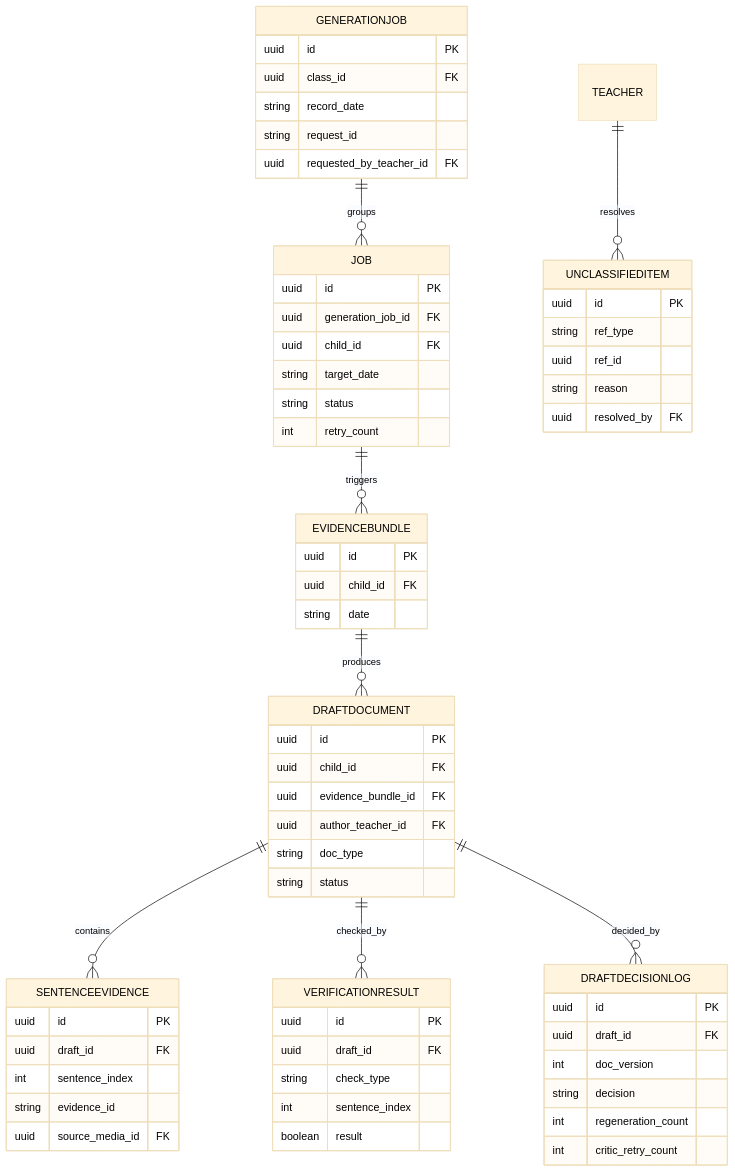
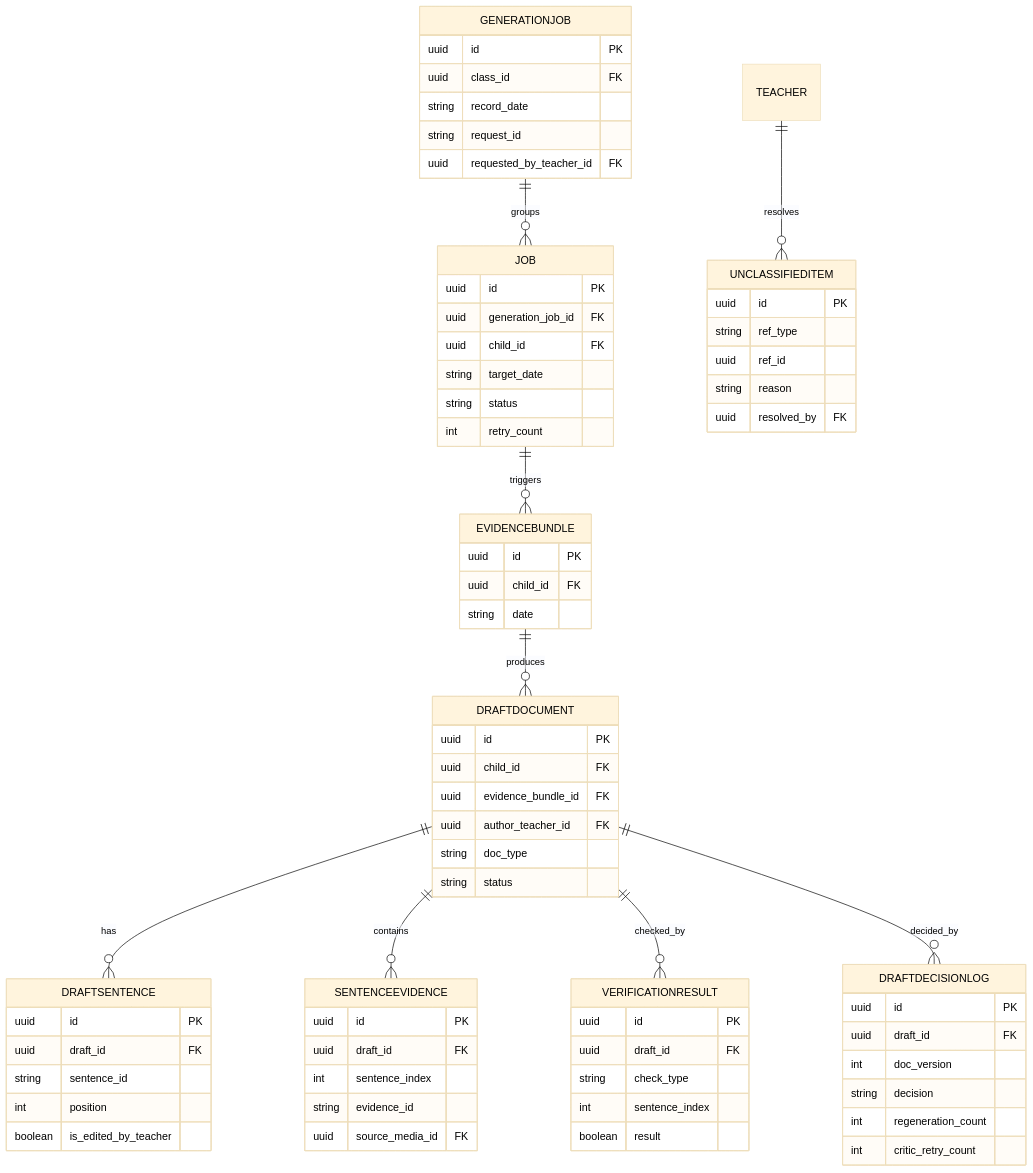
Before and after one commit to kakaotechcampus-4/ktc4-chungnam-4: the fourth of 8 diagrams in docs/테크스펙.md, drawn with Mermaid. The commit also changed other lines of this file, not shown here.

Commit message:
docs: store draft body as sentences in tech spec
근거와 교사 수정이 문장을 가리켜야 하는데 본문이 문자열 하나라, 합쳤다가 다시 자르면
문장과 근거가 어긋납니다. #75에서 정은님과 합의한 문장 단위 저장·sentence_id 참조·
검증 통과 시 verified 저장을 코드보다 먼저 스펙에 반영합니다.

````diff
--- a/docs/테크스펙.md
+++ b/docs/테크스펙.md
@@ -584,68 +585,76 @@
 ```mermaid
 %%{init: {'theme':'base', 'themeVariables': {'primaryTextColor':'#000000','textColor':'#000000','lineColor':'#000000'}}}%%
 erDiagram
   GENERATIONJOB {
     uuid id PK
     uuid class_id FK
     string record_date
     string request_id
     uuid requested_by_teacher_id FK
   }
   JOB {
     uuid id PK
     uuid generation_job_id FK
     uuid child_id FK
     string target_date
     string status
     int retry_count
   }
   EVIDENCEBUNDLE {
     uuid id PK
     uuid child_id FK
     string date
   }
   DRAFTDOCUMENT {
     uuid id PK
     uuid child_id FK
     uuid evidence_bundle_id FK
     uuid author_teacher_id FK
     string doc_type
     string status
+  }
+  DRAFTSENTENCE {
+    uuid id PK
+    uuid draft_id FK
+    string sentence_id
+    int position
+    boolean is_edited_by_teacher
   }
   SENTENCEEVIDENCE {
     uuid id PK
     uuid draft_id FK
     int sentence_index
     string evidence_id
     uuid source_media_id FK
   }
   VERIFICATIONRESULT {
     uuid id PK
     uuid draft_id FK
     string check_type
     int sentence_index
     boolean result
   }
   DRAFTDECISIONLOG {
     uuid id PK
     uuid draft_id FK
     int doc_version
     string decision
     int regeneration_count
     int critic_retry_count
   }
   UNCLASSIFIEDITEM {
     uuid id PK
     string ref_type
     uuid ref_id
     string reason
     uuid resolved_by FK
   }
   GENERATIONJOB ||--o{ JOB : groups
   JOB ||--o{ EVIDENCEBUNDLE : triggers
   EVIDENCEBUNDLE ||--o{ DRAFTDOCUMENT : produces
+  DRAFTDOCUMENT ||--o{ DRAFTSENTENCE : has
   DRAFTDOCUMENT ||--o{ SENTENCEEVIDENCE : contains
   DRAFTDOCUMENT ||--o{ VERIFICATIONRESULT : checked_by
   DRAFTDOCUMENT ||--o{ DRAFTDECISIONLOG : decided_by
   TEACHER ||--o{ UNCLASSIFIEDITEM : resolves
 ```
````
